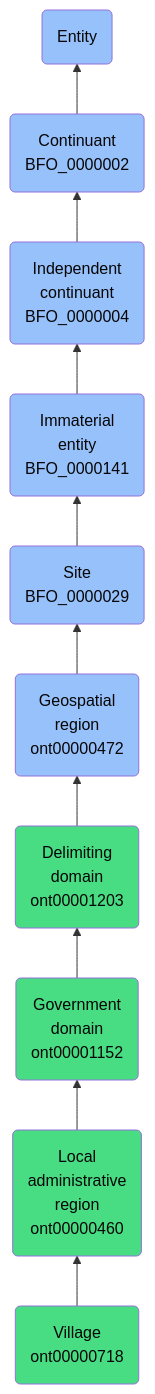
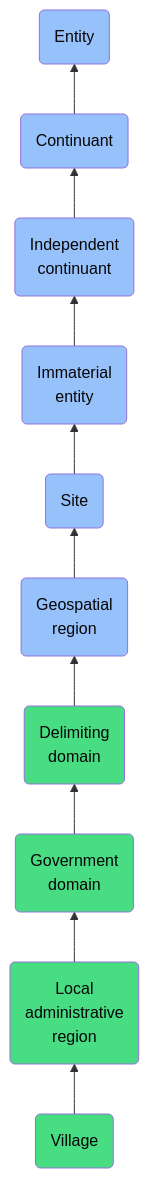
The diagram in docs/ontology/reference/model/Entity/Continuant/Independent continuant/Immaterial entity/Site/Geospatial region/Delimiting domain/Government domain/Local administrative region/Village/Village.md (jupyter-naas/abi), drawn with Mermaid before and after one commit. The commit also changed other lines of this file and 1430 other files, not shown here.

````diff
--- a/docs/ontology/reference/model/Entity/Continuant/Independent continuant/Immaterial entity/Site/Geospatial region/Delimiting domain/Government domain/Local administrative region/Village/Village.md
+++ b/docs/ontology/reference/model/Entity/Continuant/Independent continuant/Immaterial entity/Site/Geospatial region/Delimiting domain/Government domain/Local administrative region/Village/Village.md
@@ -24,17 +24,17 @@
 ```mermaid
 graph BT
-    ont00000718(Village<br>ont00000718):::ABI-->ont00000460
-    ont00000460(Local<br>administrative<br>region<br>ont00000460):::ABI-->ont00001152
-    ont00001152(Government<br>domain<br>ont00001152):::ABI-->ont00001203
-    ont00001203(Delimiting<br>domain<br>ont00001203):::ABI-->ont00000472
-    ont00000472(Geospatial<br>region<br>ont00000472):::BFO-->BFO_0000029
-    BFO_0000029(Site<br>BFO_0000029):::BFO-->BFO_0000141
-    BFO_0000141(Immaterial<br>entity<br>BFO_0000141):::BFO-->BFO_0000004
-    BFO_0000004(Independent<br>continuant<br>BFO_0000004):::BFO-->BFO_0000002
-    BFO_0000002(Continuant<br>BFO_0000002):::BFO-->BFO_0000001
+    ont00000718(Village):::ABI-->ont00000460
+    ont00000460(Local<br>administrative<br>region):::ABI-->ont00001152
+    ont00001152(Government<br>domain):::ABI-->ont00001203
+    ont00001203(Delimiting<br>domain):::ABI-->ont00000472
+    ont00000472(Geospatial<br>region):::BFO-->BFO_0000029
+    BFO_0000029(Site):::BFO-->BFO_0000141
+    BFO_0000141(Immaterial<br>entity):::BFO-->BFO_0000004
+    BFO_0000004(Independent<br>continuant):::BFO-->BFO_0000002
+    BFO_0000002(Continuant):::BFO-->BFO_0000001
     BFO_0000001(Entity):::BFO
     
     classDef BFO fill:#97c1fb,color:#060606
     classDef CCO fill:#e4c51e,color:#060606
     classDef ABI fill:#48DD82,color:#060606
 ```
````
